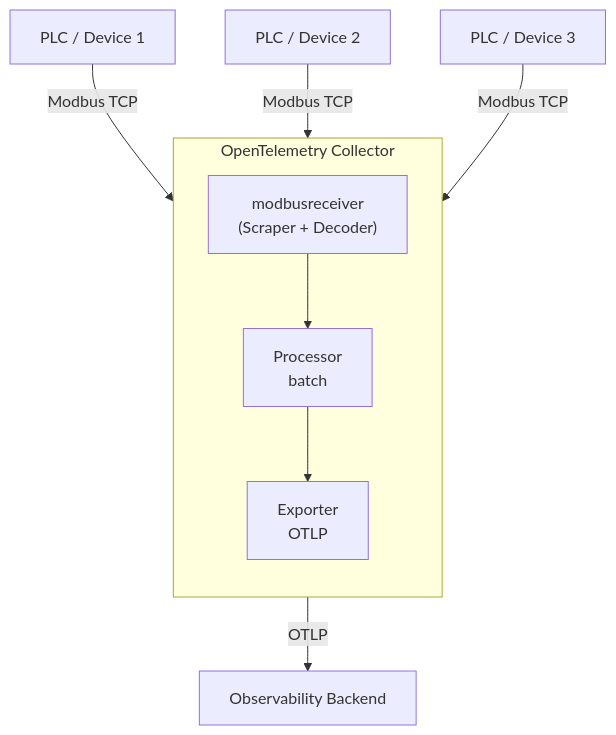
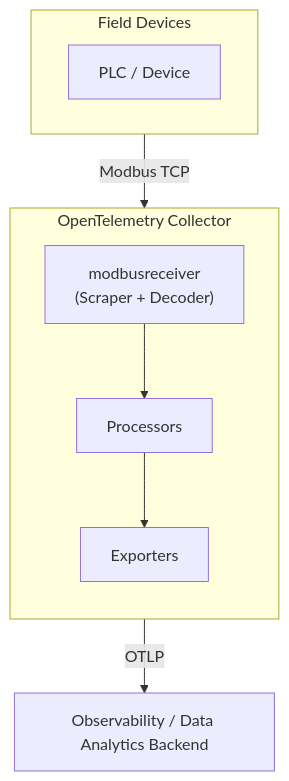
Before and after one commit to otel-industrial/otel-industrial-resources: the diagram in README.md, drawn with Mermaid. The commit also changed other lines of this file and 17 other files, not shown here.

````diff
--- a/README.md
+++ b/README.md
@@ -23,24 +24,20 @@
 ```mermaid
 flowchart TD
-    PLC1["PLC / Device 1"]
-    PLC2["PLC / Device 2"]
-    PLC3["PLC / Device 3"]
+    subgraph Devices["Field Devices"]
+        direction LR
+        PLC1["PLC / Device"]
+    end
 
     subgraph Collector["OpenTelemetry Collector"]
         direction TB
-        RCV["modbusreceiver
-(Scraper + Decoder)"]
-        PROC["Processor
-batch"]
-        EXP["Exporter
-OTLP"]
+        RCV["modbusreceiver <BR> (Scraper + Decoder)"]
+        PROC["Processors"]
+        EXP["Exporters"]
         RCV --> PROC --> EXP
     end
 
-    BACKEND["Observability Backend"]
+    BACKEND["Observability / Data Analytics Backend"]
 
-    PLC1 -->|"Modbus TCP"| RCV
-    PLC2 -->|"Modbus TCP"| RCV
-    PLC3 -->|"Modbus TCP"| RCV
-    EXP  -->|"OTLP"| BACKEND
+    Devices -->|"Modbus TCP"| RCV
+    EXP     -->|"OTLP"| BACKEND
 ```
````
